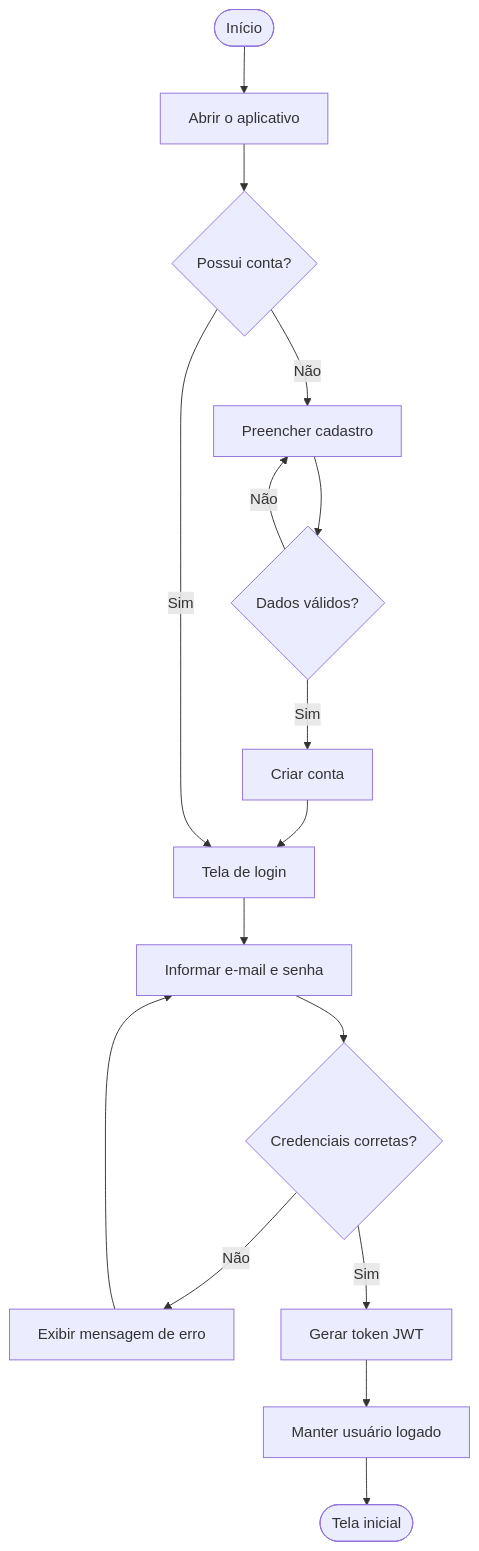
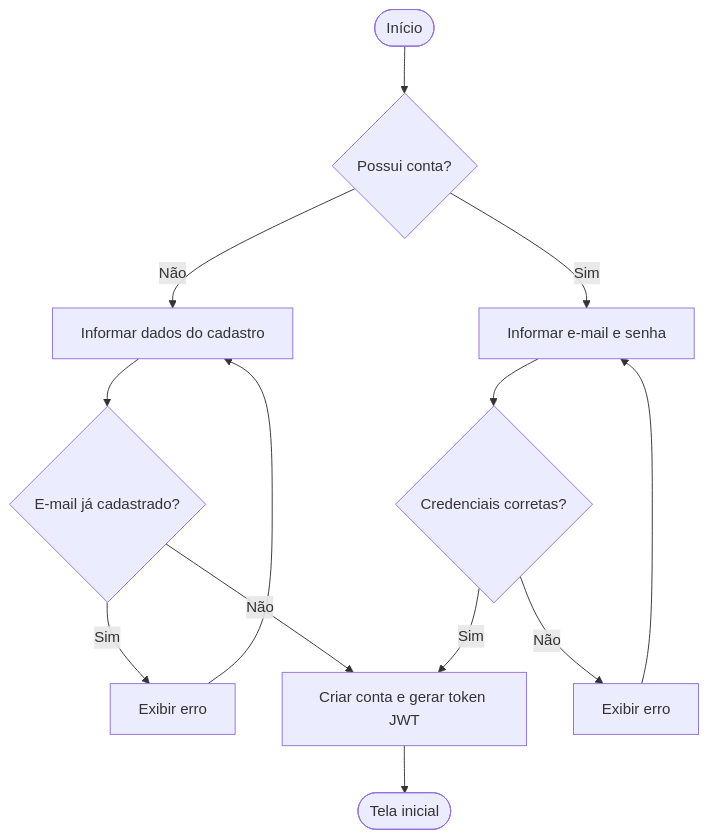
Before and after one commit to amandaadb/Projeto-Saude-em-dia-: the third of 9 diagrams in docs/diagramas.md, drawn with Mermaid. The commit also changed other lines of this file, not shown here.

````diff
--- a/docs/diagramas.md
+++ b/docs/diagramas.md
@@ -40,18 +53,15 @@
 ```mermaid
 flowchart TD
-    A([Início]) --> B[Abrir o aplicativo]
-    B --> C{Possui conta?}
-    C -- Não --> D[Preencher cadastro]
-    D --> E{Dados válidos?}
-    E -- Não --> D
-    E -- Sim --> F[Criar conta]
-    F --> G[Tela de login]
-    C -- Sim --> G
-    G --> H[Informar e-mail e senha]
-    H --> I{Credenciais corretas?}
-    I -- Não --> J[Exibir mensagem de erro]
-    J --> H
-    I -- Sim --> K[Gerar token JWT]
-    K --> L[Manter usuário logado]
-    L --> M([Tela inicial])
+    A([Início]) --> B{Possui conta?}
+    B -- Não --> C[Informar dados do cadastro]
+    C --> D{E-mail já cadastrado?}
+    D -- Sim --> E[Exibir erro]
+    E --> C
+    D -- Não --> F[Criar conta e gerar token JWT]
+    B -- Sim --> G[Informar e-mail e senha]
+    G --> H{Credenciais corretas?}
+    H -- Não --> I[Exibir erro]
+    I --> G
+    H -- Sim --> F
+    F --> J([Tela inicial])
 ```
````
